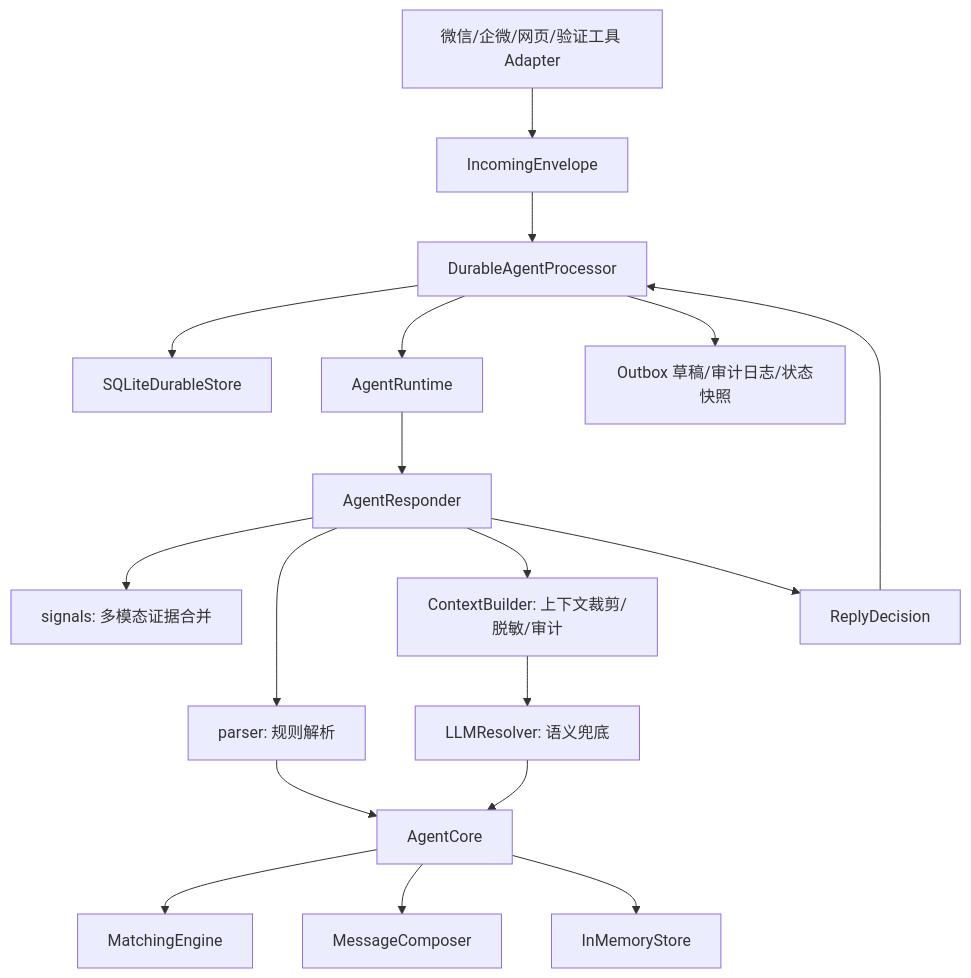
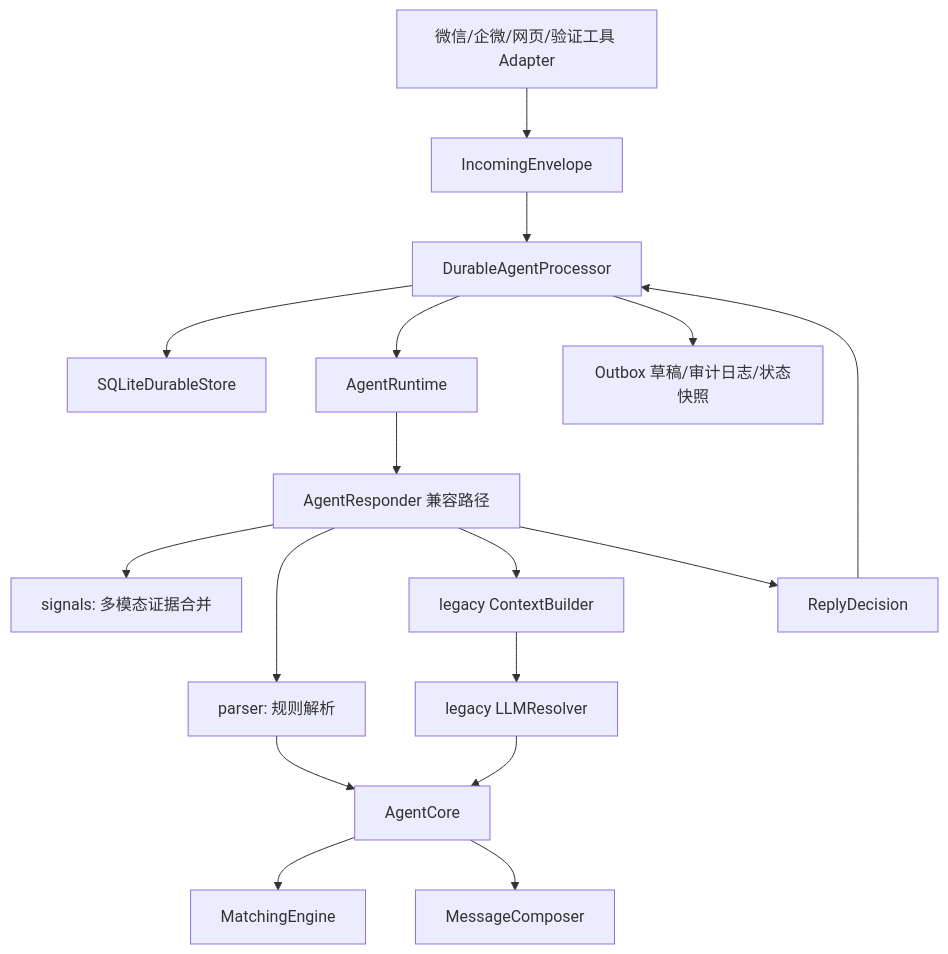
The second of 3 diagrams in docs/architecture.md (Schatt3n/mahjong-ops-agent), drawn with Mermaid before and after one commit. The commit also changed other lines of this file and 1 other file, not shown here.

````diff
--- a/docs/architecture.md
+++ b/docs/architecture.md
@@ -23,20 +44,19 @@
 ```mermaid
 flowchart TD
     A["微信/企微/网页/验证工具 Adapter"] --> B["IncomingEnvelope"]
     B --> C["DurableAgentProcessor"]
     C --> D["SQLiteDurableStore"]
     C --> E["AgentRuntime"]
-    E --> F["AgentResponder"]
+    E --> F["AgentResponder 兼容路径"]
     F --> G["signals: 多模态证据合并"]
     F --> H["parser: 规则解析"]
-    F --> X["ContextBuilder: 上下文裁剪/脱敏/审计"]
-    X --> I["LLMResolver: 语义兜底"]
+    F --> X["legacy ContextBuilder"]
+    X --> I["legacy LLMResolver"]
     H --> J["AgentCore"]
     I --> J
     J --> K["MatchingEngine"]
     J --> L["MessageComposer"]
-    J --> M["InMemoryStore"]
     F --> N["ReplyDecision"]
     N --> C
     C --> O["Outbox 草稿/审计日志/状态快照"]
 ```
````
